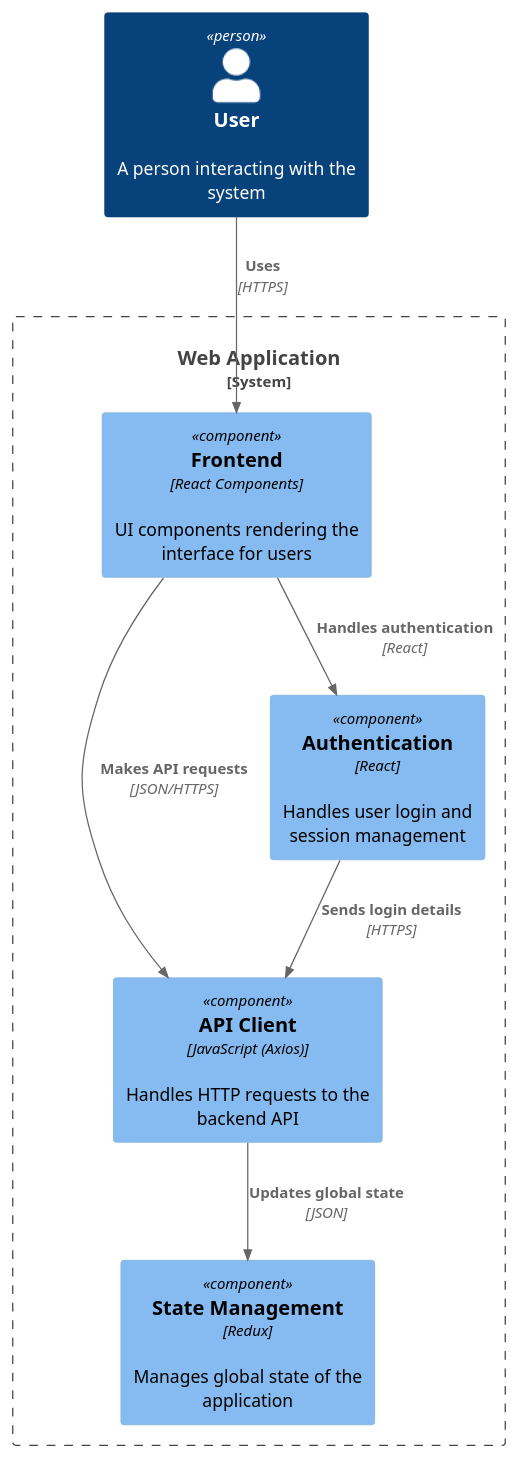
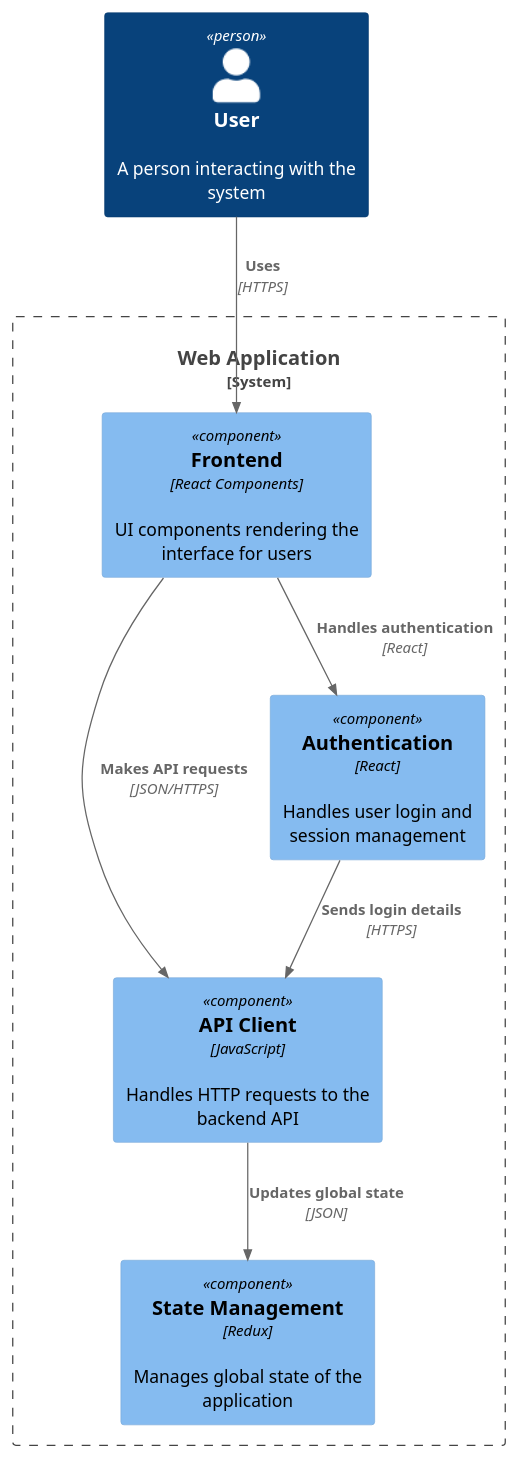
The diagram in WebApplicationComponent.puml (igor-sosnowicz/medical_systems), drawn with PlantUML before and after one commit. The commit also changed 3 other files, not shown here.

```diff
--- a/WebApplicationComponent.puml
+++ b/WebApplicationComponent.puml
@@ -1,19 +1,19 @@
 @startuml
 !includeurl https://raw.githubusercontent.com/plantuml-stdlib/C4-PlantUML/master/C4_Component.puml
 
 Person(user, "User", "A person interacting with the system")
 
 System_Boundary(webApp, "Web Application") {
     Component(frontend, "Frontend", "React Components", "UI components rendering the interface for users")
-    Component(apiClient, "API Client", "JavaScript (Axios)", "Handles HTTP requests to the backend API")
+    Component(apiClient, "API Client", "JavaScript", "Handles HTTP requests to the backend API")
     Component(stateManagement, "State Management", "Redux", "Manages global state of the application")
     Component(authentication, "Authentication", "React", "Handles user login and session management")
 }
 
 Rel(user, frontend, "Uses", "HTTPS")
 Rel(frontend, apiClient, "Makes API requests", "JSON/HTTPS")
 Rel(apiClient, stateManagement, "Updates global state", "JSON")
 Rel(frontend, authentication, "Handles authentication", "React")
 Rel(authentication, apiClient, "Sends login details", "HTTPS")
 
 @enduml
```
